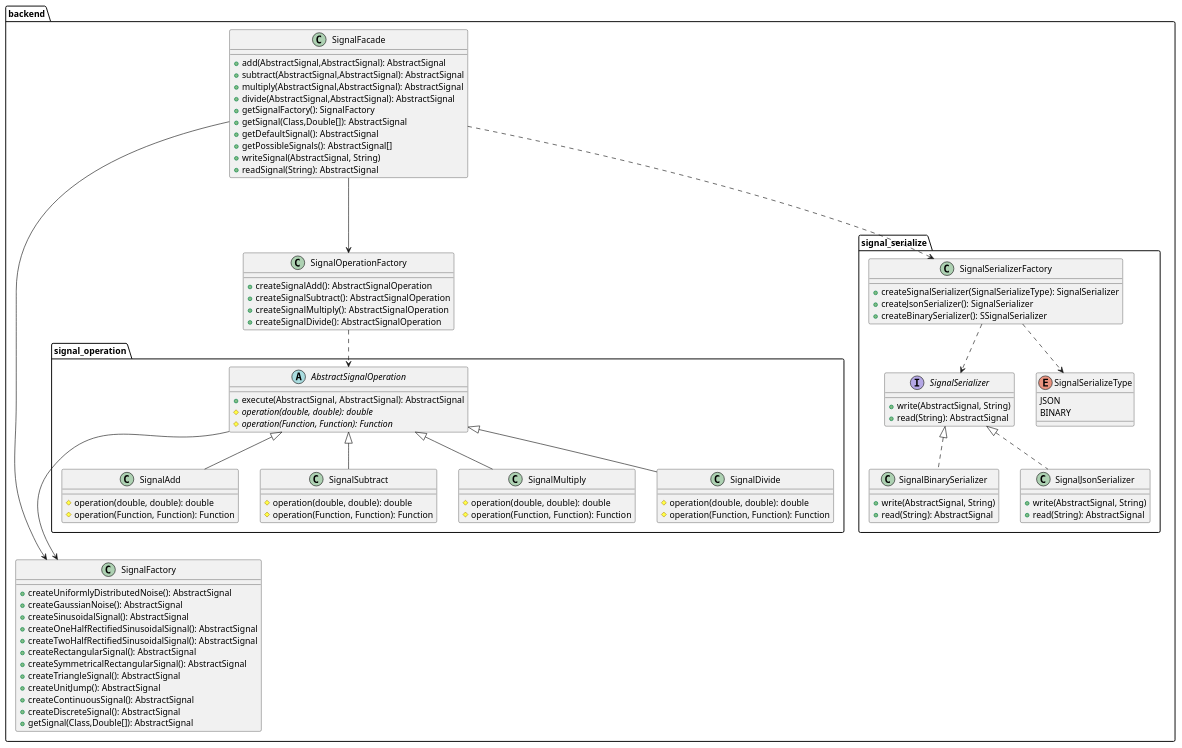
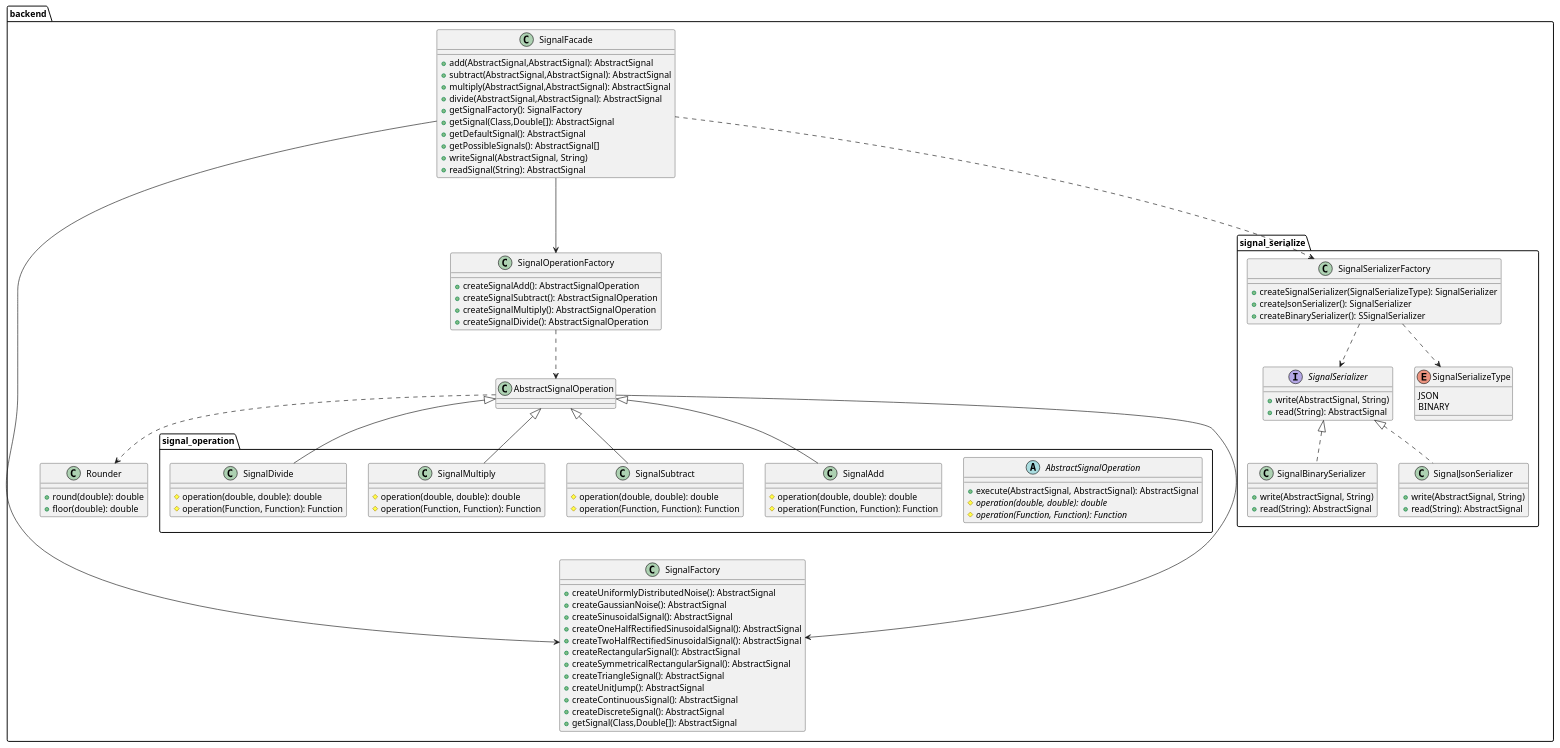
The third of 3 diagrams in README.md (RadekBucki/DigitalSignalProcessing), drawn with PlantUML before and after one commit.

Commit message:
PR UML fix
temp

```diff
--- a/README.md
+++ b/README.md
@@ -282,6 +278,12 @@
     
     SignalFacade ---> SignalOperationFactory
     SignalFacade ---> SignalFactory
+    
+    class Rounder {
+        + round(double): double
+        + floor(double): double
+    }
+    AbstractSignalOperation ..> Rounder
     
     package signal_operation {
         abstract class AbstractSignalOperation {
```
